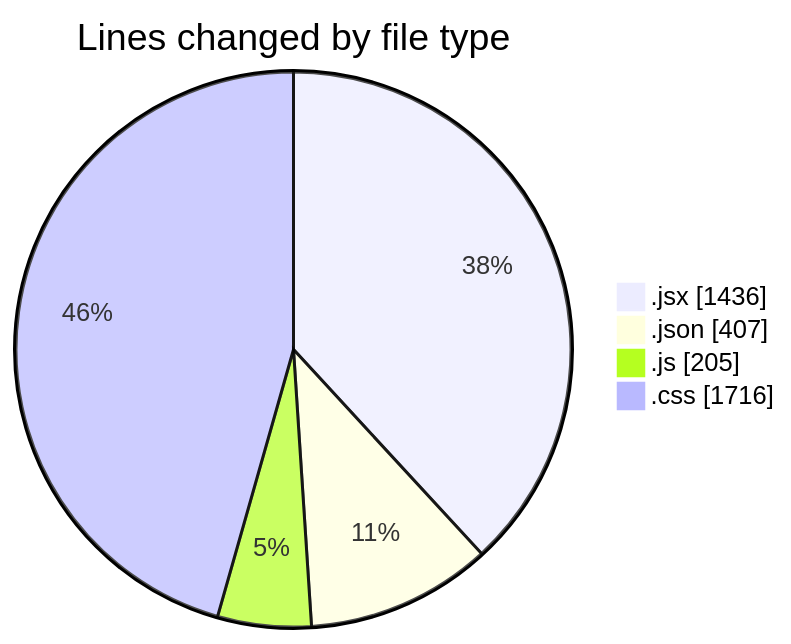
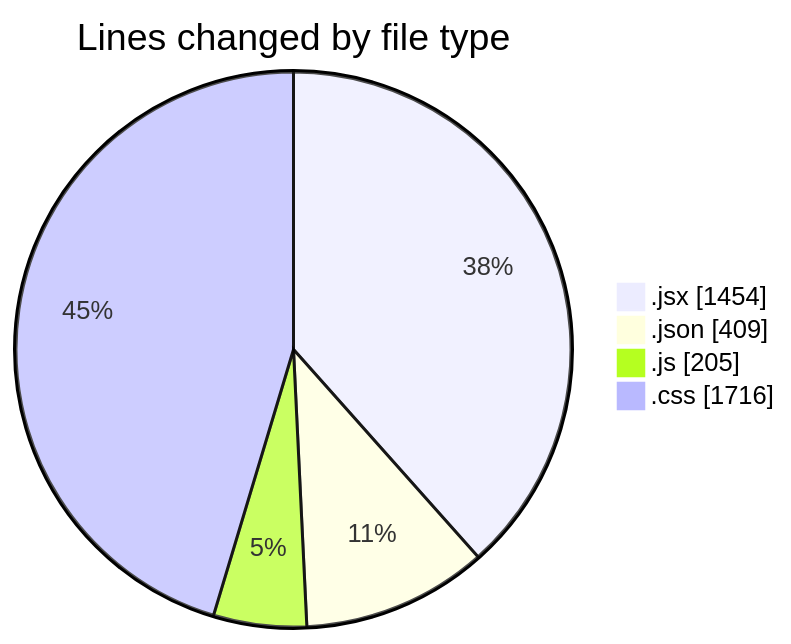
Before and after one commit to BS-eng2023/code-tracking: the first of 2 diagrams in 2025-05-04/project/README.md, drawn with Mermaid. The commit also changed other lines of this file and 1 other file, not shown here.

````diff
--- a/2025-05-04/project/README.md
+++ b/2025-05-04/project/README.md
@@ -40,8 +40,8 @@
 ```mermaid
 pie showData
 title Lines changed by file type
-".jsx" : 1436
-".json" : 407
+".jsx" : 1454
+".json" : 409
 ".js" : 205
 ".css" : 1716
 ```
````
